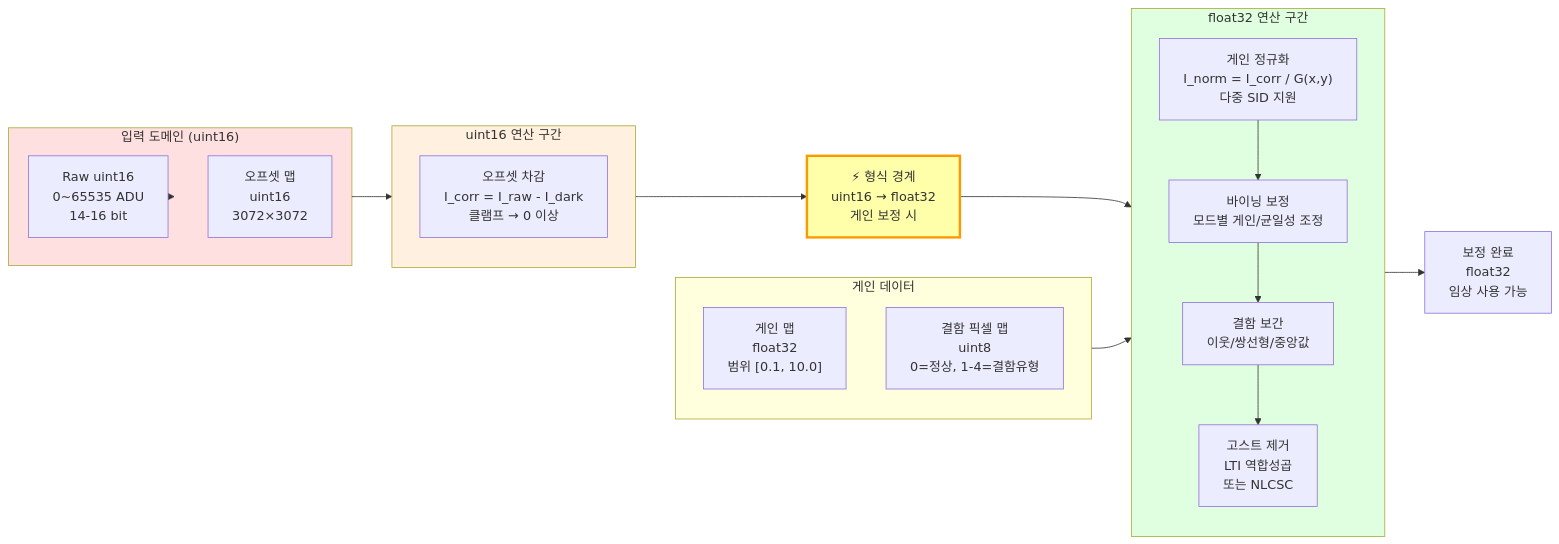
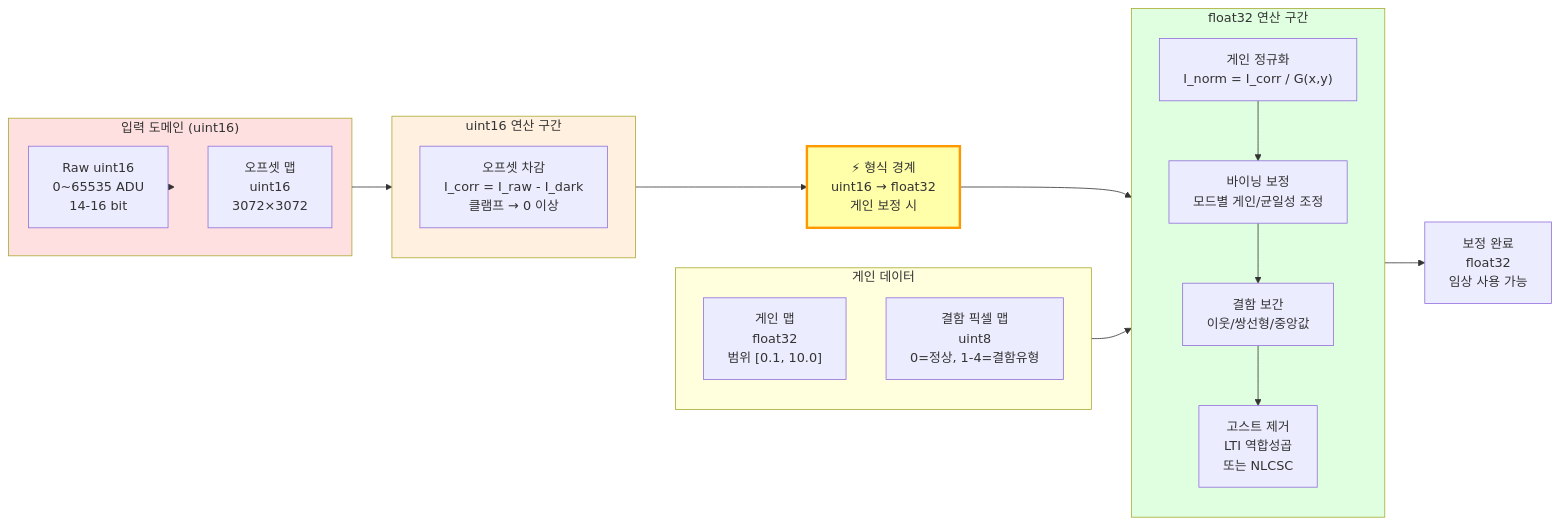
Before and after one commit to holee9/image-processing: the second of 12 diagrams in docs/calibration/CONCEPT-DIAGRAMS.md, drawn with Mermaid. The commit also changed other lines of this file and 9 other files, not shown here.

````diff
--- a/docs/calibration/CONCEPT-DIAGRAMS.md
+++ b/docs/calibration/CONCEPT-DIAGRAMS.md
@@ -102,42 +102,42 @@
 ```mermaid
 flowchart LR
     subgraph INPUT["입력 도메인 (uint16)"]
         R["Raw uint16\n0~65535 ADU\n14-16 bit"]
         OFF["오프셋 맵\nuint16\n3072×3072"]
     end
 
     subgraph UINT16_OPS["uint16 연산 구간"]
         direction TB
         S1["오프셋 차감\nI_corr = I_raw - I_dark\n클램프 → 0 이상"]
     end
 
     BOUNDARY["⚡ 형식 경계\nuint16 → float32\n게인 보정 시"]
 
     subgraph FLOAT32_OPS["float32 연산 구간"]
         direction TB
-        S3["게인 정규화\nI_norm = I_corr / G(x,y)\n다중 SID 지원"]
+        S3["게인 정규화\nI_norm = I_corr / G(x,y)"]
         S4["바이닝 보정\n모드별 게인/균일성 조정"]
         S5["결함 보간\n이웃/쌍선형/중앙값"]
         S6["고스트 제거\nLTI 역합성곱\n또는 NLCSC"]
         S3 --> S4 --> S5 --> S6
     end
 
     subgraph GAIN_DATA["게인 데이터"]
         G["게인 맵\nfloat32\n범위 [0.1, 10.0]"]
         BPM["결함 픽셀 맵\nuint8\n0=정상, 1-4=결함유형"]
     end
 
     OUT["보정 완료\nfloat32\n임상 사용 가능"]
 
     R --> INPUT
     INPUT --> UINT16_OPS
     UINT16_OPS --> BOUNDARY
     BOUNDARY --> FLOAT32_OPS
     GAIN_DATA --> FLOAT32_OPS
     S6 --> OUT
 
     style BOUNDARY fill:#ffffaa,stroke:#ff9900,stroke-width:3px
     style INPUT fill:#ffe0e0
     style UINT16_OPS fill:#fff0e0
     style FLOAT32_OPS fill:#e0ffe0
 ```
````
